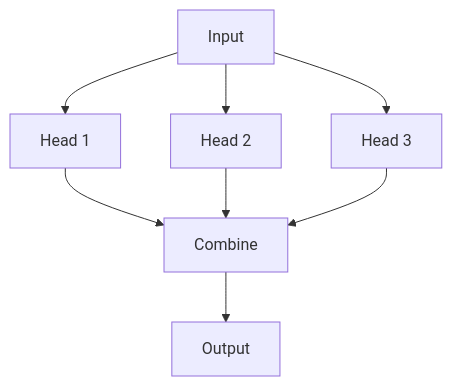
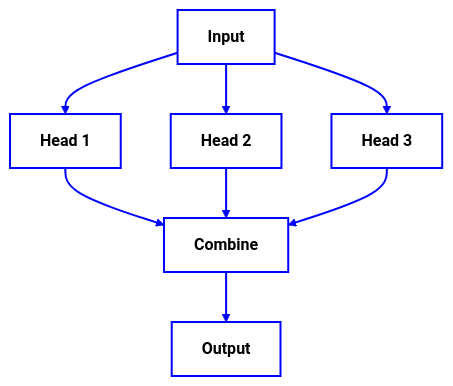
One commit to antomon/antomon.github.io changed the third of 5 diagrams in posts/attentions/index.qmd. Above: the diagram before and after it, drawn with Mermaid. The commit also changed other lines of this file and 6 other files, not shown here.

````diff
--- a/posts/attentions/index.qmd
+++ b/posts/attentions/index.qmd
@@ -112,10 +120,15 @@
 ```{mermaid}
+%%| fig-cap: Cross-Head Attention mechanism
+%%| fig-align: center
 flowchart TD
+    classDef default fill:#ffffff,stroke:#0000ff,stroke-width:2px,color:#000000,font-weight:bold
+    linkStyle default stroke:#0000ff,stroke-width:2px
+
     A[Input] --> B[Head 1]
     A --> C[Head 2]
     A --> D[Head 3]
     B --> E[Combine]
     C --> E
     D --> E
     E --> F[Output]
 ```
````
